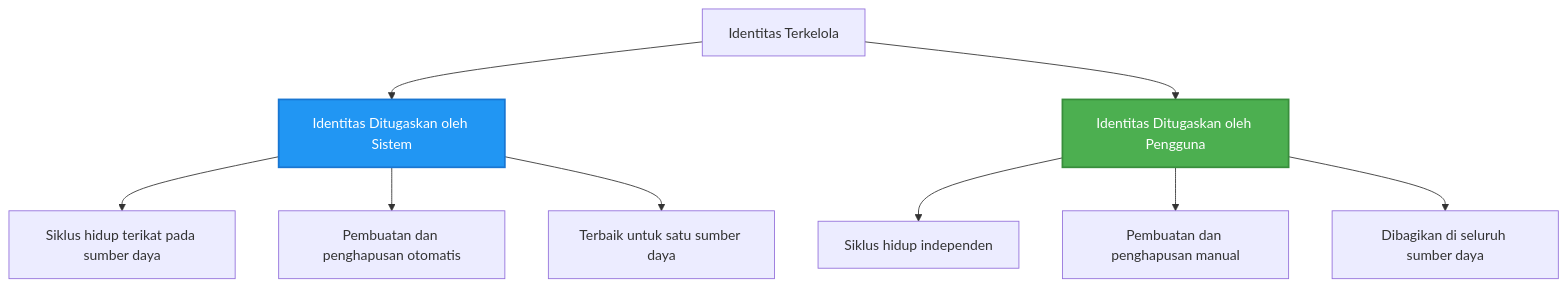
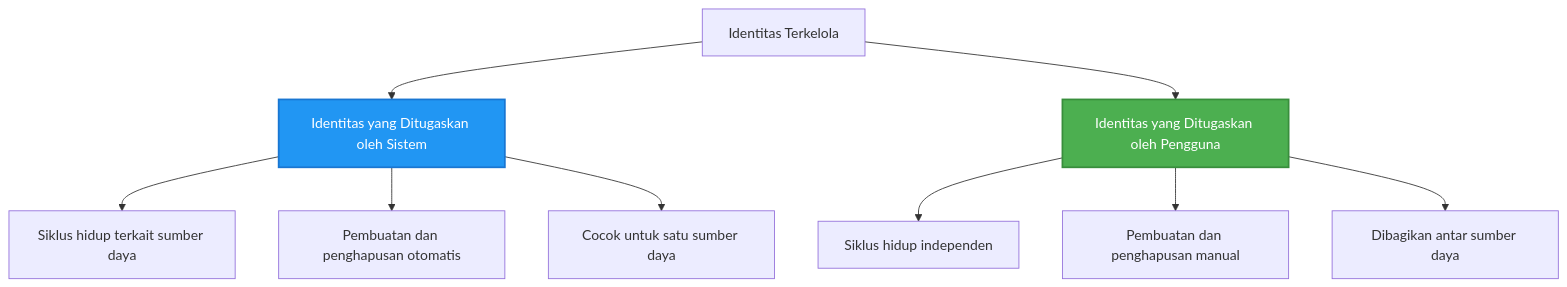
One commit to microsoft/AZD-for-beginners changed the second of 2 diagrams in translations/id/docs/chapter-03-configuration/authsecurity.md. Above: the diagram before and after it, drawn with Mermaid. The commit also changed other lines of this file and 101 other files, not shown here.

````diff
--- a/translations/id/docs/chapter-03-configuration/authsecurity.md
+++ b/translations/id/docs/chapter-03-configuration/authsecurity.md
@@ -97,20 +97,20 @@
 ```mermaid
 graph TB
     MI[Identitas Terkelola]
-    SystemAssigned[Identitas Ditugaskan oleh Sistem]
-    UserAssigned[Identitas Ditugaskan oleh Pengguna]
+    SystemAssigned[Identitas yang Ditugaskan oleh Sistem]
+    UserAssigned[Identitas yang Ditugaskan oleh Pengguna]
     
     MI --> SystemAssigned
     MI --> UserAssigned
     
-    SystemAssigned --> SA1[Siklus hidup terikat pada sumber daya]
+    SystemAssigned --> SA1[Siklus hidup terkait sumber daya]
     SystemAssigned --> SA2[Pembuatan dan penghapusan otomatis]
-    SystemAssigned --> SA3[Terbaik untuk satu sumber daya]
+    SystemAssigned --> SA3[Cocok untuk satu sumber daya]
     
     UserAssigned --> UA1[Siklus hidup independen]
     UserAssigned --> UA2[Pembuatan dan penghapusan manual]
-    UserAssigned --> UA3[Dibagikan di seluruh sumber daya]
+    UserAssigned --> UA3[Dibagikan antar sumber daya]
     
     style SystemAssigned fill:#2196F3,stroke:#1976D2,stroke-width:2px,color:#fff
     style UserAssigned fill:#4CAF50,stroke:#388E3C,stroke-width:2px,color:#fff
 ```
````
